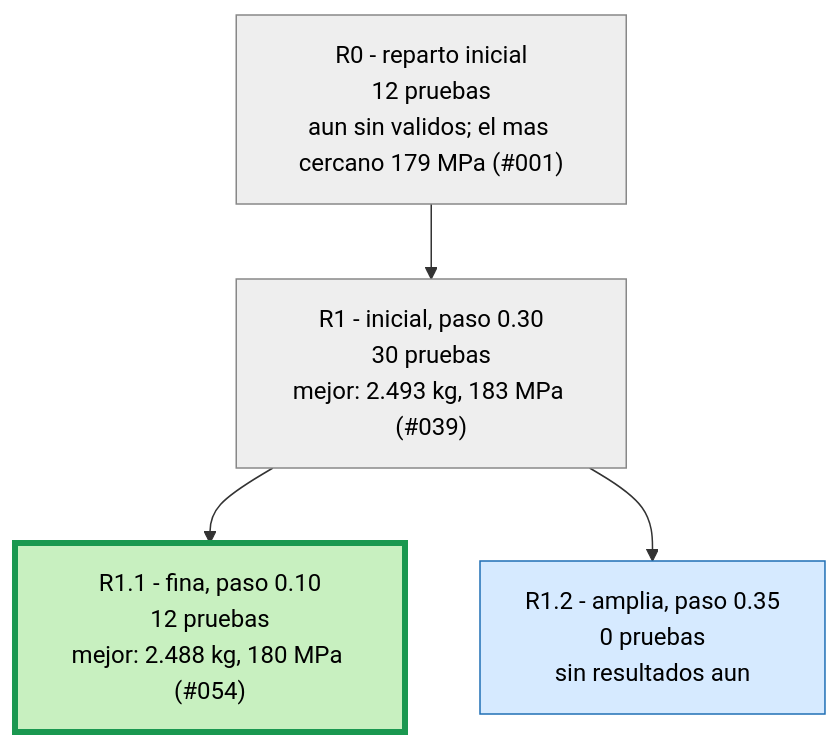
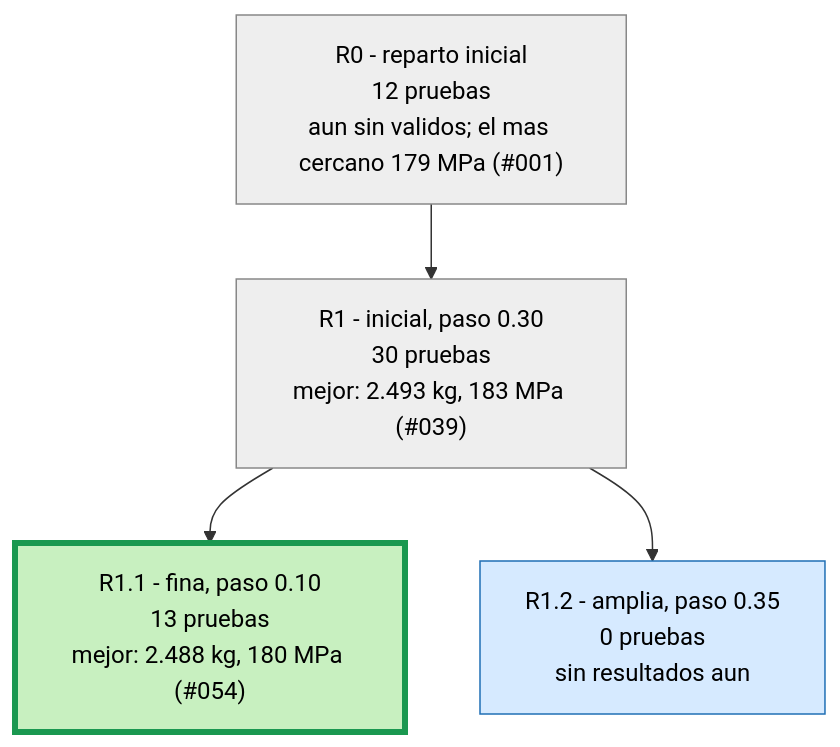
Before and after one commit to Hugiko/msd-soporte-optimizacion: the second of 3 diagrams in runs/opt_37800N/ARBOL.md, drawn with Mermaid. The commit also changed 41 other files, not shown here.

````diff
--- a/runs/opt_37800N/ARBOL.md
+++ b/runs/opt_37800N/ARBOL.md
@@ -21,13 +21,13 @@
 ```mermaid
 graph TD
 classDef activa fill:#d6eaff,stroke:#1f6fb5,color:#000
 classDef fin fill:#eeeeee,stroke:#888,color:#000
 classDef mejor fill:#c8f0c0,stroke:#1a9850,stroke-width:4px,color:#000
 R0["R0 - reparto inicial<br/>12 pruebas<br/>aun sin validos; el mas cercano 179 MPa (#001)"]:::fin
 R1["R1 - inicial, paso 0.30<br/>30 pruebas<br/>mejor: 2.493 kg, 183 MPa (#039)"]:::fin
 R0 --> R1
-R1_1["R1.1 - fina, paso 0.10<br/>12 pruebas<br/>mejor: 2.488 kg, 180 MPa (#054)"]:::mejor
+R1_1["R1.1 - fina, paso 0.10<br/>13 pruebas<br/>mejor: 2.488 kg, 180 MPa (#054)"]:::mejor
 R1 --> R1_1
 R1_2["R1.2 - amplia, paso 0.35<br/>0 pruebas<br/>sin resultados aun"]:::activa
 R1 --> R1_2
 ```
````
